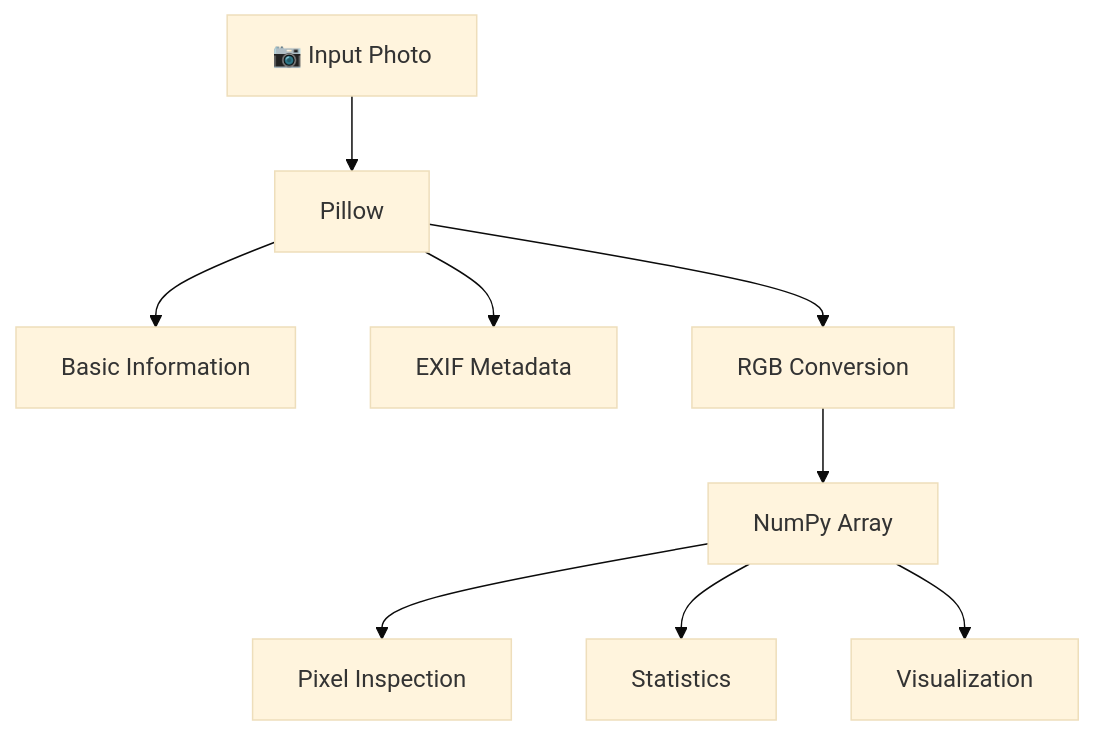
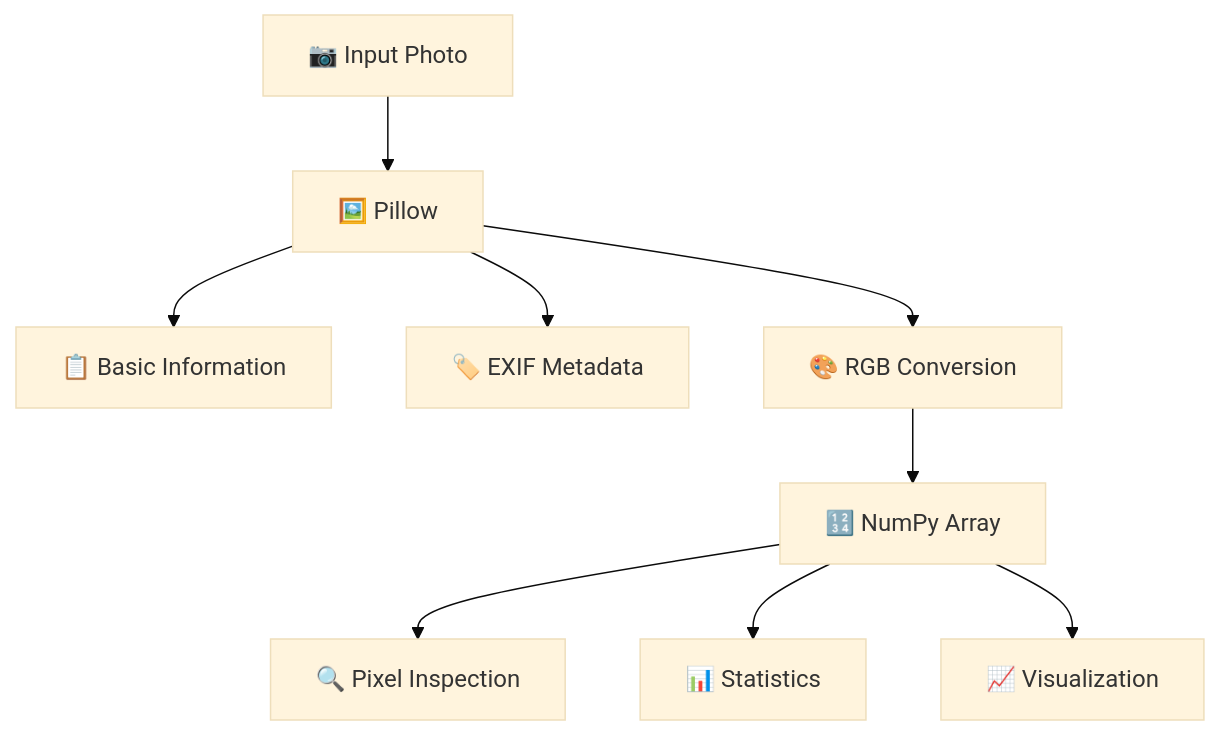
Before and after one commit to Sahal111/Image_Analyzer: the second of 2 diagrams in Readme.md, drawn with Mermaid (base theme). The commit also changed other lines of this file, not shown here.

````diff
--- a/Readme.md
+++ b/Readme.md
@@ -151,11 +128,11 @@
 ```mermaid
 flowchart TD
-    A["📷 Input Photo"] --> B["Pillow"]
-    B --> C["Basic Information"]
-    B --> D["EXIF Metadata"]
-    B --> E["RGB Conversion"]
-    E --> F["NumPy Array"]
-    F --> G["Pixel Inspection"]
-    F --> H["Statistics"]
-    F --> I["Visualization"]
+    A[📷 Input Photo] --> B[🖼️ Pillow]
+    B --> C[📋 Basic Information]
+    B --> D[🏷️ EXIF Metadata]
+    B --> E[🎨 RGB Conversion]
+    E --> F[🔢 NumPy Array]
+    F --> G[🔍 Pixel Inspection]
+    F --> H[📊 Statistics]
+    F --> I[📈 Visualization]
 ```
````
